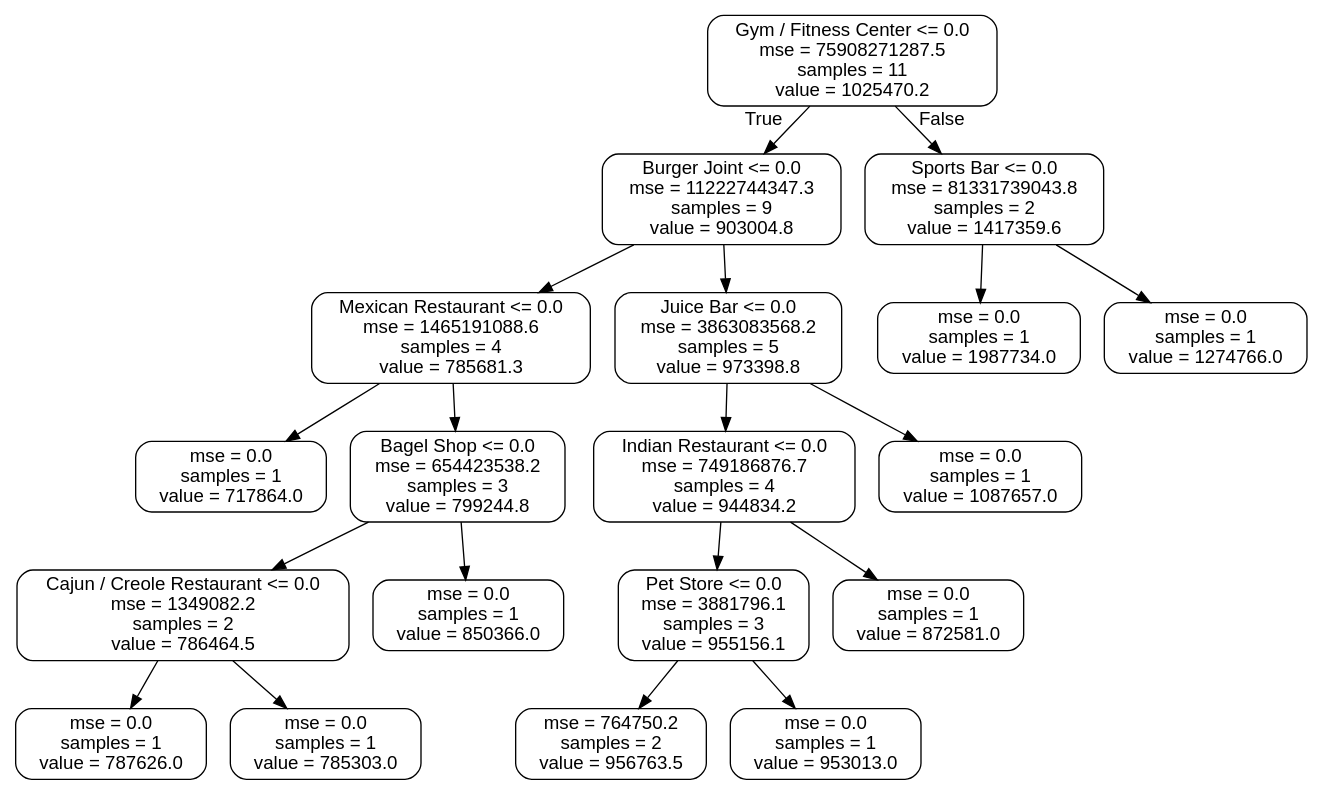
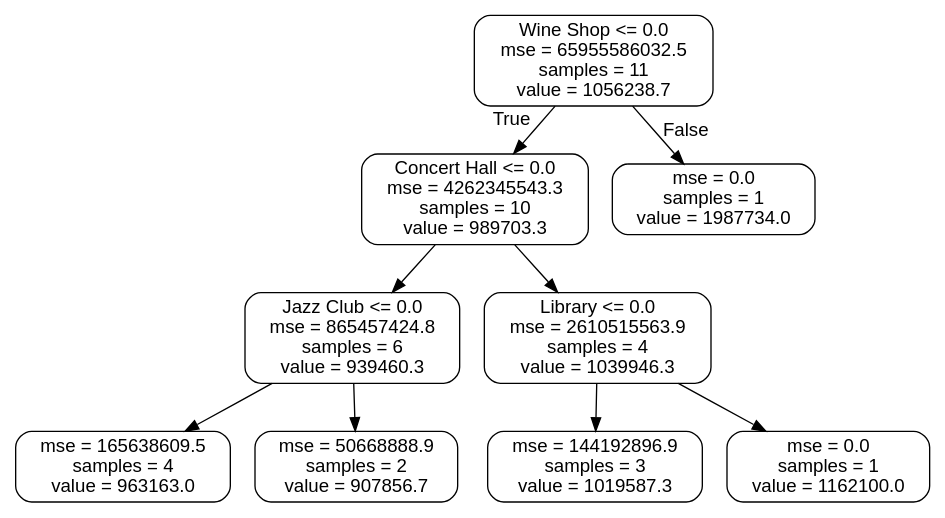
Before and after one commit to allaccountstaken/predicting_urban_home_values: the diagram in high_price_tree.dot, drawn with Graphviz. The commit also changed 18 other files, not shown here.

```diff
--- a/high_price_tree.dot
+++ b/high_price_tree.dot
@@ -1,41 +1,21 @@
 digraph Tree {
 node [shape=box, style="rounded", color="black", fontname=helvetica] ;
 edge [fontname=helvetica] ;
-0 [label="Gym / Fitness Center <= 0.0\nmse = 75908271287.5\nsamples = 11\nvalue = 1025470.2"] ;
-1 [label="Burger Joint <= 0.0\nmse = 11222744347.3\nsamples = 9\nvalue = 903004.8"] ;
+0 [label="Wine Shop <= 0.0\nmse = 65955586032.5\nsamples = 11\nvalue = 1056238.7"] ;
+1 [label="Concert Hall <= 0.0\nmse = 4262345543.3\nsamples = 10\nvalue = 989703.3"] ;
 0 -> 1 [labeldistance=2.5, labelangle=45, headlabel="True"] ;
-2 [label="Mexican Restaurant <= 0.0\nmse = 1465191088.6\nsamples = 4\nvalue = 785681.3"] ;
+2 [label="Jazz Club <= 0.0\nmse = 865457424.8\nsamples = 6\nvalue = 939460.3"] ;
 1 -> 2 ;
-3 [label="mse = 0.0\nsamples = 1\nvalue = 717864.0"] ;
+3 [label="mse = 165638609.5\nsamples = 4\nvalue = 963163.0"] ;
 2 -> 3 ;
-4 [label="Bagel Shop <= 0.0\nmse = 654423538.2\nsamples = 3\nvalue = 799244.8"] ;
+4 [label="mse = 50668888.9\nsamples = 2\nvalue = 907856.7"] ;
 2 -> 4 ;
-5 [label="Cajun / Creole Restaurant <= 0.0\nmse = 1349082.2\nsamples = 2\nvalue = 786464.5"] ;
-4 -> 5 ;
-6 [label="mse = 0.0\nsamples = 1\nvalue = 787626.0"] ;
+5 [label="Library <= 0.0\nmse = 2610515563.9\nsamples = 4\nvalue = 1039946.3"] ;
+1 -> 5 ;
+6 [label="mse = 144192896.9\nsamples = 3\nvalue = 1019587.3"] ;
 5 -> 6 ;
-7 [label="mse = 0.0\nsamples = 1\nvalue = 785303.0"] ;
+7 [label="mse = 0.0\nsamples = 1\nvalue = 1162100.0"] ;
 5 -> 7 ;
-8 [label="mse = 0.0\nsamples = 1\nvalue = 850366.0"] ;
-4 -> 8 ;
-9 [label="Juice Bar <= 0.0\nmse = 3863083568.2\nsamples = 5\nvalue = 973398.8"] ;
-1 -> 9 ;
-10 [label="Indian Restaurant <= 0.0\nmse = 749186876.7\nsamples = 4\nvalue = 944834.2"] ;
-9 -> 10 ;
-11 [label="Pet Store <= 0.0\nmse = 3881796.1\nsamples = 3\nvalue = 955156.1"] ;
-10 -> 11 ;
-12 [label="mse = 764750.2\nsamples = 2\nvalue = 956763.5"] ;
-11 -> 12 ;
-13 [label="mse = 0.0\nsamples = 1\nvalue = 953013.0"] ;
-11 -> 13 ;
-14 [label="mse = 0.0\nsamples = 1\nvalue = 872581.0"] ;
-10 -> 14 ;
-15 [label="mse = 0.0\nsamples = 1\nvalue = 1087657.0"] ;
-9 -> 15 ;
-16 [label="Sports Bar <= 0.0\nmse = 81331739043.8\nsamples = 2\nvalue = 1417359.6"] ;
-0 -> 16 [labeldistance=2.5, labelangle=-45, headlabel="False"] ;
-17 [label="mse = 0.0\nsamples = 1\nvalue = 1987734.0"] ;
-16 -> 17 ;
-18 [label="mse = 0.0\nsamples = 1\nvalue = 1274766.0"] ;
-16 -> 18 ;
+8 [label="mse = 0.0\nsamples = 1\nvalue = 1987734.0"] ;
+0 -> 8 [labeldistance=2.5, labelangle=-45, headlabel="False"] ;
 }
```
